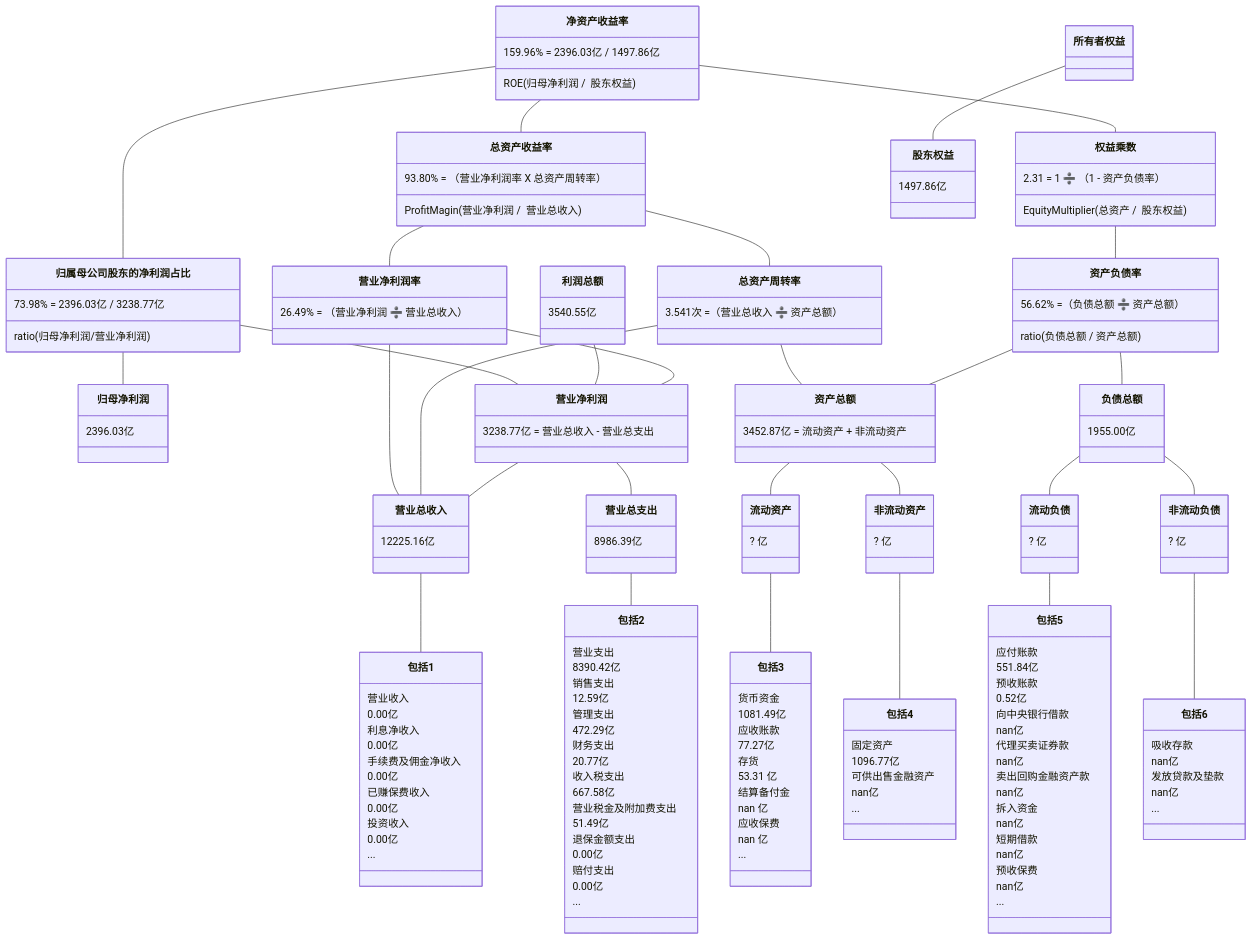
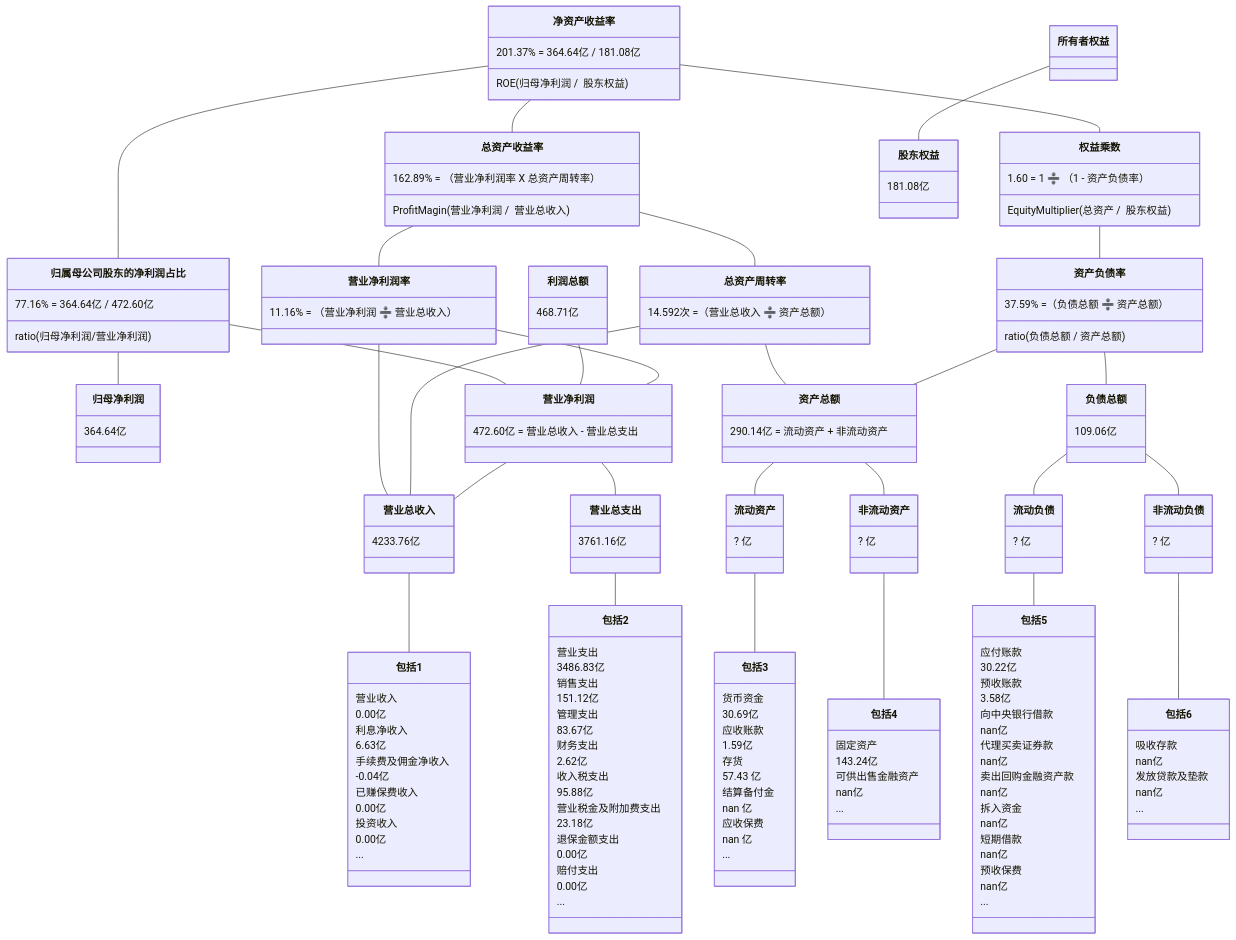
Before and after one commit to TheVeryDarkness/cs410: the ninth of 10 diagrams in 2/2.md, drawn with Mermaid. The commit also changed other lines of this file and 18 other files, not shown here.

````diff
--- a/2/2.md
+++ b/2/2.md
@@ -1225,45 +1261,45 @@
 ```mermaid
 classDiagram
 净资产收益率 -- 总资产收益率
-    净资产收益率 : 159.96% = 2396.03亿 / 1497.86亿
+    净资产收益率 : 201.37% = 364.64亿 / 181.08亿
     净资产收益率 : ROE(归母净利润 /  股东权益)
-    总资产收益率 : 93.80% = （营业净利润率 X 总资产周转率）
+    总资产收益率 : 162.89% = （营业净利润率 X 总资产周转率）
     总资产收益率 : ProfitMagin(营业净利润 /  营业总收入)
 净资产收益率 -- 归属母公司股东的净利润占比
-	  归属母公司股东的净利润占比 : 73.98% = 2396.03亿 / 3238.77亿
+	  归属母公司股东的净利润占比 : 77.16% = 364.64亿 / 472.60亿
 	  归属母公司股东的净利润占比 : ratio(归母净利润/营业净利润)
 归属母公司股东的净利润占比 -- 归母净利润
-    归母净利润 : 2396.03亿
+    归母净利润 : 364.64亿
 归属母公司股东的净利润占比 -- 营业净利润
-利润总额 : 3540.55亿
+利润总额 : 468.71亿
 利润总额 -- 营业净利润
 净资产收益率 -- 权益乘数
-    权益乘数 : 2.31 = 1 ➗ （1 - 资产负债率）
+    权益乘数 : 1.60 = 1 ➗ （1 - 资产负债率）
     权益乘数 : EquityMultiplier(总资产 /  股东权益)
 
 总资产收益率 -- 营业净利润率
-    营业净利润率 : 26.49% = （营业净利润 ➗ 营业总收入）
+    营业净利润率 : 11.16% = （营业净利润 ➗ 营业总收入）
 总资产收益率 -- 总资产周转率
-    总资产周转率 : 3.541次 =（营业总收入 ➗ 资产总额）
+    总资产周转率 : 14.592次 =（营业总收入 ➗ 资产总额）
 权益乘数 -- 资产负债率
-    资产负债率  : 56.62% =（负债总额 ➗ 资产总额）
+    资产负债率  : 37.59% =（负债总额 ➗ 资产总额）
     资产负债率  : ratio(负债总额 / 资产总额)
 
 营业净利润率 -- 营业净利润
-    营业净利润 : 3238.77亿 = 营业总收入 - 营业总支出
+    营业净利润 : 472.60亿 = 营业总收入 - 营业总支出
 营业净利润率 -- 营业总收入
 总资产周转率 -- 营业总收入
 总资产周转率 -- 资产总额
-    资产总额 : 3452.87亿 = 流动资产 + 非流动资产
+    资产总额 : 290.14亿 = 流动资产 + 非流动资产
 资产负债率 -- 负债总额
-    负债总额 : 1955.00亿
+    负债总额 : 109.06亿
 资产负债率 -- 资产总额
 
 
 营业净利润 -- 营业总收入
-    营业总收入 : 12225.16亿
+    营业总收入 : 4233.76亿
 营业净利润 -- 营业总支出
-    营业总支出 : 8986.39亿
+    营业总支出 : 3761.16亿
 资产总额 -- 流动资产
 	  流动资产 : ? 亿
 资产总额 -- 非流动资产
@@ -1277,9 +1313,9 @@
     包括1 : 营业收入
     包括1 : 0.00亿
     包括1 : 利息净收入
-    包括1 : 0.00亿
+    包括1 : 6.63亿
     包括1 : 手续费及佣金净收入
-    包括1 : 0.00亿
+    包括1 : -0.04亿
     包括1 : 已赚保费收入
     包括1 : 0.00亿
     包括1 : 投资收入
@@ -1287,17 +1323,17 @@
     包括1 : ...
 营业总支出 -- 包括2
     包括2 : 营业支出
-    包括2 : 8390.42亿
+    包括2 : 3486.83亿
     包括2 : 销售支出
-    包括2 : 12.59亿
+    包括2 : 151.12亿
     包括2 : 管理支出
-    包括2 : 472.29亿
+    包括2 : 83.67亿
     包括2 : 财务支出
-    包括2 : 20.77亿
+    包括2 : 2.62亿
     包括2 : 收入税支出
-    包括2 : 667.58亿
+    包括2 : 95.88亿
     包括2 : 营业税金及附加费支出
-    包括2 : 51.49亿
+    包括2 : 23.18亿
     包括2 : 退保金额支出
     包括2 : 0.00亿
     包括2 : 赔付支出
@@ -1305,11 +1341,11 @@
     包括2 : ...
 流动资产 -- 包括3
     包括3 : 货币资金
-    包括3 : 1081.49亿
+    包括3 : 30.69亿
     包括3 : 应收账款
-    包括3 : 77.27亿
+    包括3 : 1.59亿
     包括3 : 存货
-    包括3 : 53.31 亿
+    包括3 : 57.43 亿
     包括3 : 结算备付金
     包括3 : nan 亿
     包括3 : 应收保费
@@ -1317,15 +1353,15 @@
     包括3 : ...
 非流动资产 -- 包括4
     包括4 : 固定资产
-    包括4 : 1096.77亿
+    包括4 : 143.24亿
     包括4 : 可供出售金融资产
     包括4 : nan亿
     包括4 : ...
 流动负债 -- 包括5
     包括5 : 应付账款
-    包括5 : 551.84亿
+    包括5 : 30.22亿
     包括5 : 预收账款
-    包括5 : 0.52亿
+    包括5 : 3.58亿
     包括5 : 向中央银行借款
     包括5 : nan亿
     包括5 : 代理买卖证券款
@@ -1346,5 +1382,5 @@
     包括6 : nan亿
     包括6 : ...
 所有者权益 -- 股东权益
-    股东权益 : 1497.86亿
+    股东权益 : 181.08亿
 ```
````
